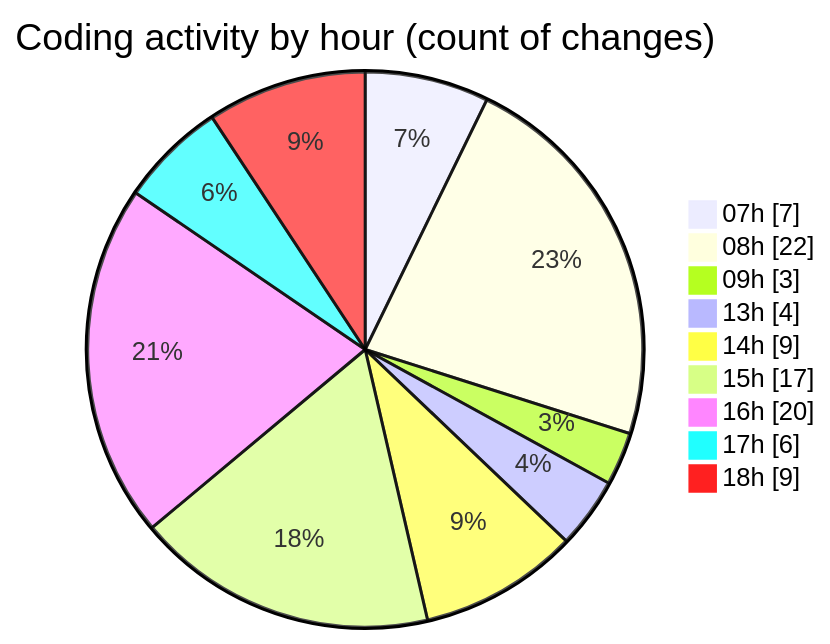
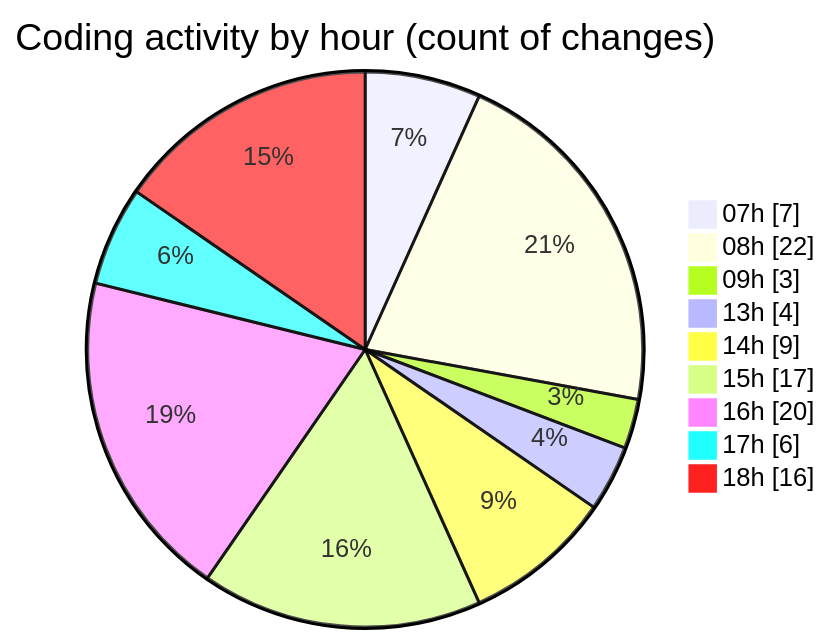
The second of 2 diagrams in 2025-05-04/niten/README.md (Elitesun/code-tracking), drawn with Mermaid before and after one commit. The commit also changed other lines of this file and 1 other file, not shown here.

````diff
--- a/2025-05-04/niten/README.md
+++ b/2025-05-04/niten/README.md
@@ -59,13 +59,13 @@
 ```mermaid
 pie showData
 title Coding activity by hour (count of changes)
 "07h" : 7
 "08h" : 22
 "09h" : 3
 "13h" : 4
 "14h" : 9
 "15h" : 17
 "16h" : 20
 "17h" : 6
-"18h" : 9
+"18h" : 16
 ```
````
